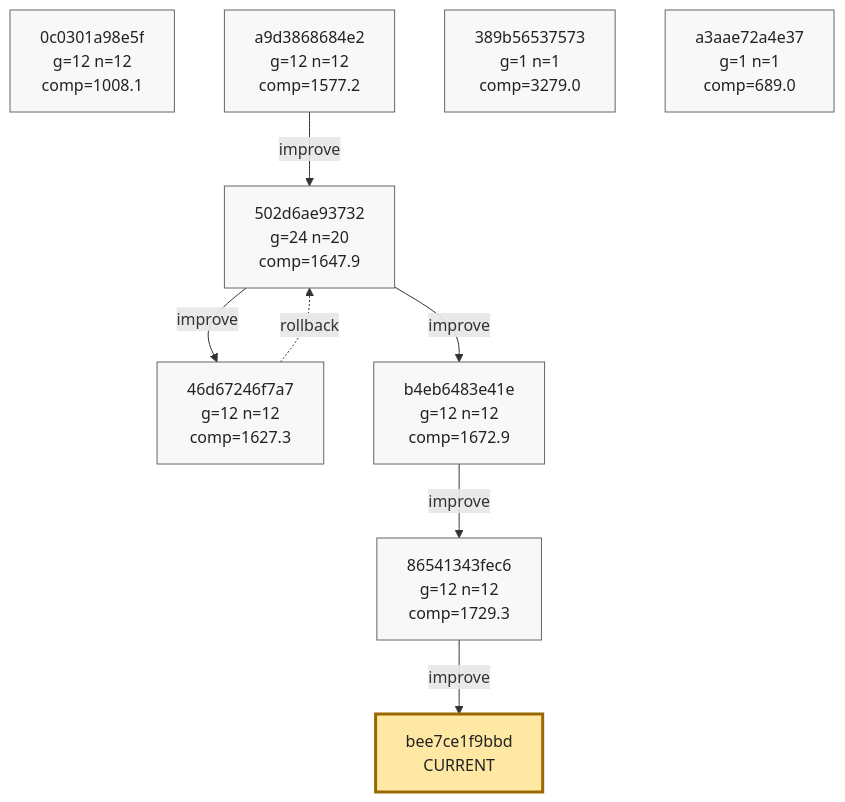
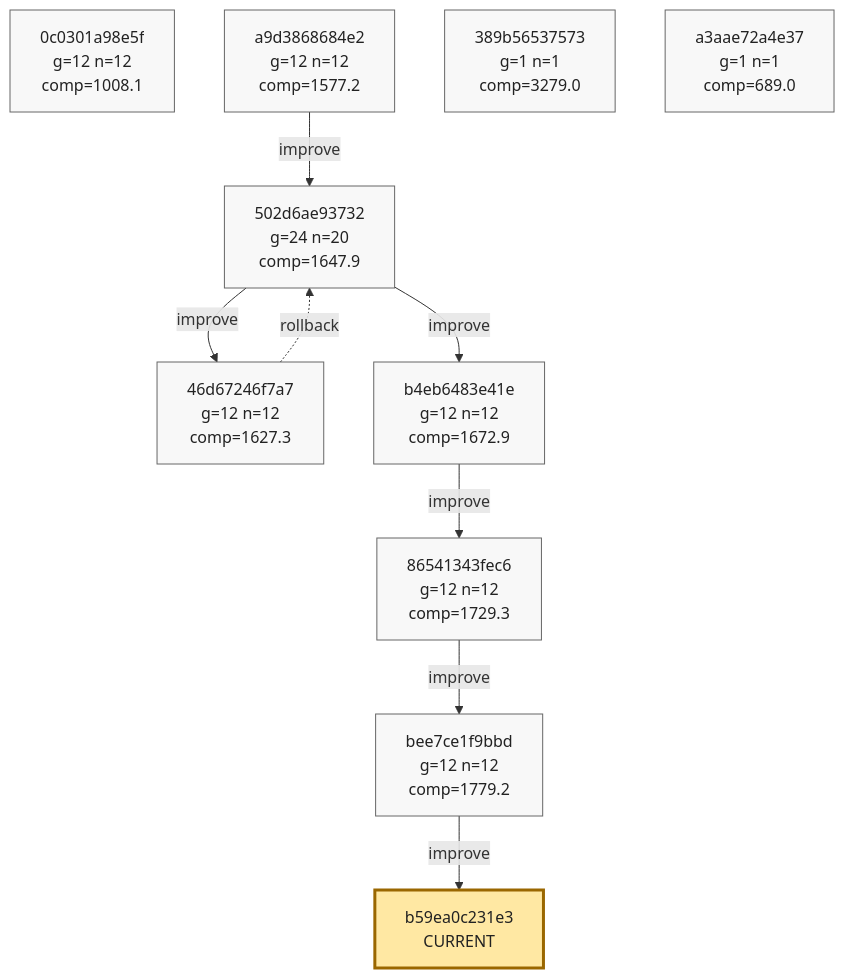
The tenth of 10 diagrams in phyrogenetic-tree.md (azumag/soviet_now), drawn with Mermaid before and after one commit. The commit also changed other lines of this file and 2 other files, not shown here.

Commit message:
eloop Improve after 12 games (scores: 2152 1602 1870 2217 2441 2830 1327 1338 1381 2316 2798 1184)

````diff
--- a/phyrogenetic-tree.md
+++ b/phyrogenetic-tree.md
@@ -2542,34 +2543,37 @@
 ```mermaid
 flowchart TD
     h_0c0301a98e5f["0c0301a98e5f<br/>g=12 n=12<br/>comp=1008.1"]
     h_a9d3868684e2["a9d3868684e2<br/>g=12 n=12<br/>comp=1577.2"]
     h_502d6ae93732["502d6ae93732<br/>g=24 n=20<br/>comp=1647.9"]
     h_46d67246f7a7["46d67246f7a7<br/>g=12 n=12<br/>comp=1627.3"]
     h_b4eb6483e41e["b4eb6483e41e<br/>g=12 n=12<br/>comp=1672.9"]
     h_86541343fec6["86541343fec6<br/>g=12 n=12<br/>comp=1729.3"]
+    h_bee7ce1f9bbd["bee7ce1f9bbd<br/>g=12 n=12<br/>comp=1779.2"]
     h_389b56537573["389b56537573<br/>g=1 n=1<br/>comp=3279.0"]
     h_a3aae72a4e37["a3aae72a4e37<br/>g=1 n=1<br/>comp=689.0"]
-    h_bee7ce1f9bbd["bee7ce1f9bbd<br/>CURRENT"]
+    h_b59ea0c231e3["b59ea0c231e3<br/>CURRENT"]
 
     h_a9d3868684e2 -->|improve| h_502d6ae93732
     h_502d6ae93732 -->|improve| h_46d67246f7a7
     h_46d67246f7a7 -. rollback .-> h_502d6ae93732
     h_502d6ae93732 -->|improve| h_b4eb6483e41e
     h_b4eb6483e41e -->|improve| h_86541343fec6
     h_86541343fec6 -->|improve| h_bee7ce1f9bbd
+    h_bee7ce1f9bbd -->|improve| h_b59ea0c231e3
 
     classDef plain fill:#f8f8f8,stroke:#666,stroke-width:1px,color:#222;
     classDef current fill:#ffe8a3,stroke:#9a6700,stroke-width:3px,color:#222;
     classDef anchor fill:#d7f5dd,stroke:#1f6f43,stroke-width:3px,color:#222;
     classDef current_anchor fill:#f3e4a8,stroke:#1f6f43,stroke-width:4px,color:#222;
 
     class h_0c0301a98e5f plain;
     class h_a9d3868684e2 plain;
     class h_502d6ae93732 plain;
     class h_46d67246f7a7 plain;
     class h_b4eb6483e41e plain;
     class h_86541343fec6 plain;
+    class h_bee7ce1f9bbd plain;
     class h_389b56537573 plain;
     class h_a3aae72a4e37 plain;
-    class h_bee7ce1f9bbd current;
+    class h_b59ea0c231e3 current;
 ```
````
